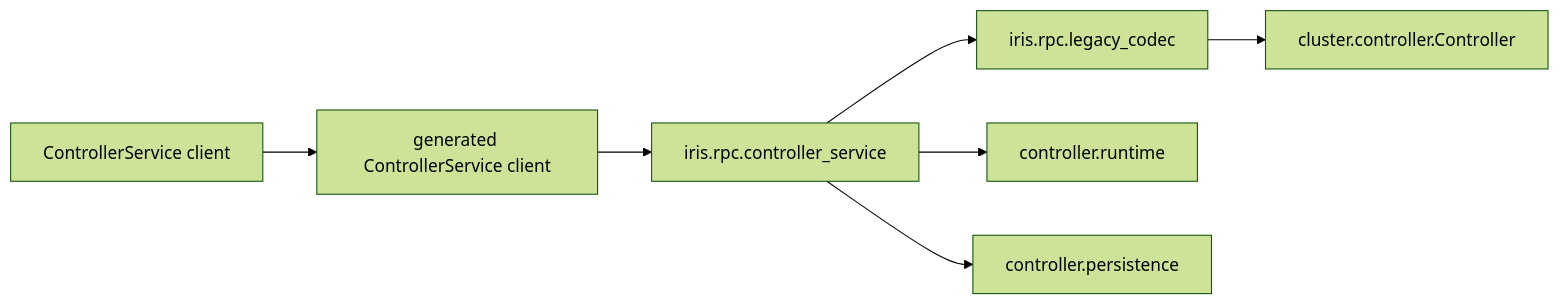
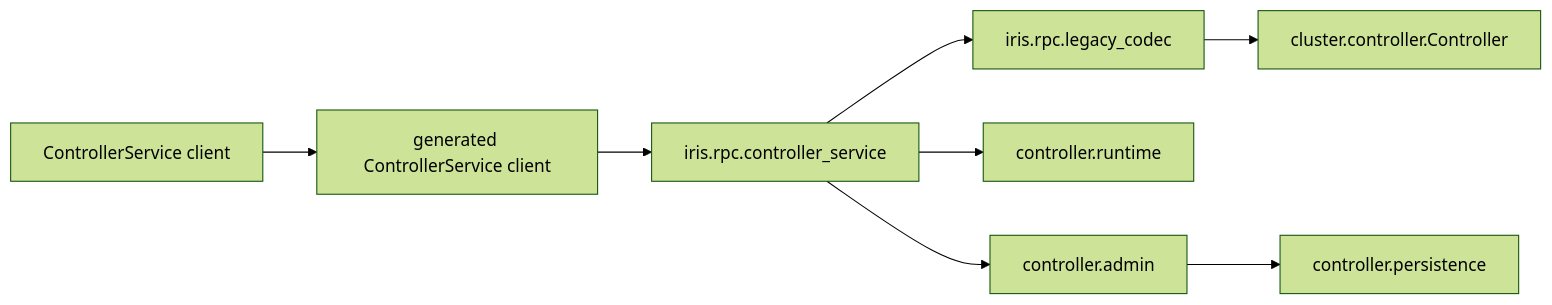
Before and after one commit to marin-community/marin: the second of 2 diagrams in lib/iris/docs/architecture.md, drawn with Mermaid (forest theme). The commit also changed other lines of this file and 53 other files, not shown here.

````diff
--- a/lib/iris/docs/architecture.md
+++ b/lib/iris/docs/architecture.md
@@ -35,9 +35,10 @@
 ```mermaid
 flowchart LR
     OldClient[ControllerService client] --> OldStub[generated ControllerService client]
     OldStub --> Adapter[iris.rpc.controller_service]
     Adapter --> Codec[iris.rpc.legacy_codec]
     Codec --> Controller[cluster.controller.Controller]
     Adapter --> Runtime[controller.runtime]
-    Adapter --> Persistence[controller.persistence]
+    Adapter --> Admin[controller.admin]
+    Admin --> Persistence[controller.persistence]
 ```
````
